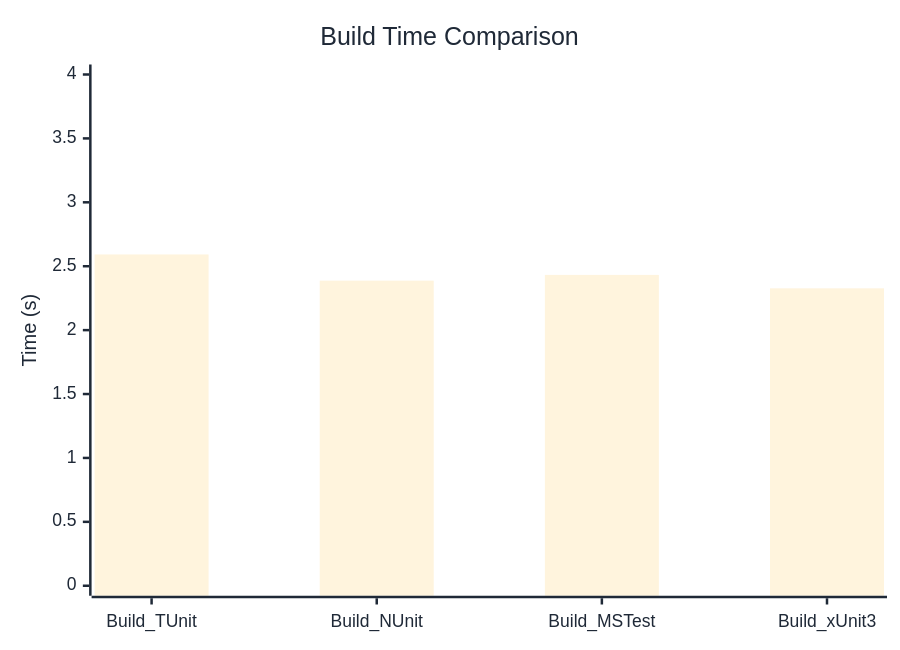
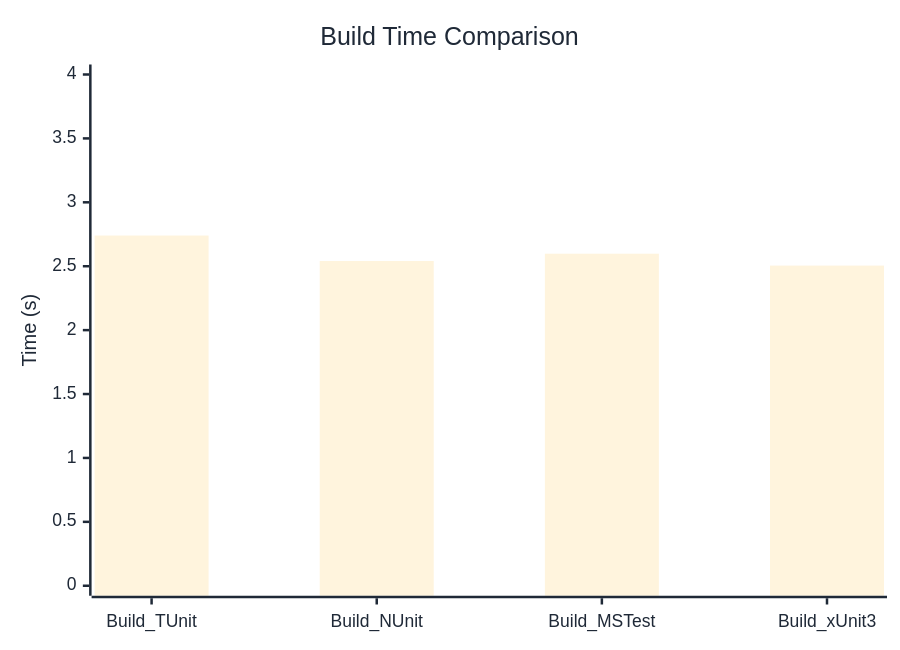
The diagram in docs/docs/benchmarks/BuildTime.md (thomhurst/TUnit), drawn with Mermaid before and after one commit. The commit also changed other lines of this file and 17 other files, not shown here.

````diff
--- a/docs/docs/benchmarks/BuildTime.md
+++ b/docs/docs/benchmarks/BuildTime.md
@@ -28,37 +28,37 @@
 ```mermaid
 %%{init: {
   'theme':'base',
   'themeVariables': {
     'primaryColor': '#2563eb',
     'primaryTextColor': '#1f2937',
     'primaryBorderColor': '#1e40af',
     'lineColor': '#6b7280',
     'secondaryColor': '#7c3aed',
     'tertiaryColor': '#dc2626',
     'background': '#ffffff',
     'mainBkg': '#2563eb',
     'secondBkg': '#7c3aed',
     'tertiaryBkg': '#dc2626',
     'clusterBkg': '#f3f4f6',
     'edgeLabelBackground': '#ffffff',
     'tertiaryTextColor': '#1f2937',
     'pie1': '#2563eb',
     'pie2': '#7c3aed',
     'pie3': '#dc2626',
     'pie4': '#f59e0b',
     'pie5': '#10b981',
     'pie6': '#06b6d4',
     'pie7': '#ec4899',
     'pie8': '#6366f1',
     'pie9': '#84cc16',
     'pie10': '#f97316',
     'pie11': '#14b8a6',
     'pie12': '#a855f7'
   }
 }}%%
 xychart-beta
   title "Build Time Comparison"
   x-axis ["Build_TUnit", "Build_NUnit", "Build_MSTest", "Build_xUnit3"]
   y-axis "Time (s)" 0 --> 4
-  bar [2.592, 2.387, 2.432, 2.327]
+  bar [2.74, 2.541, 2.598, 2.505]
 ```
````
